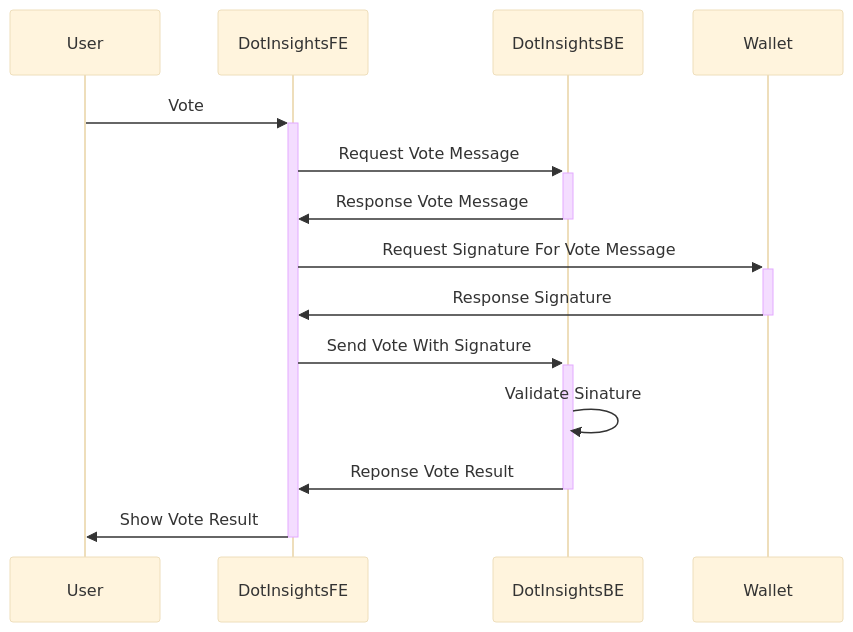
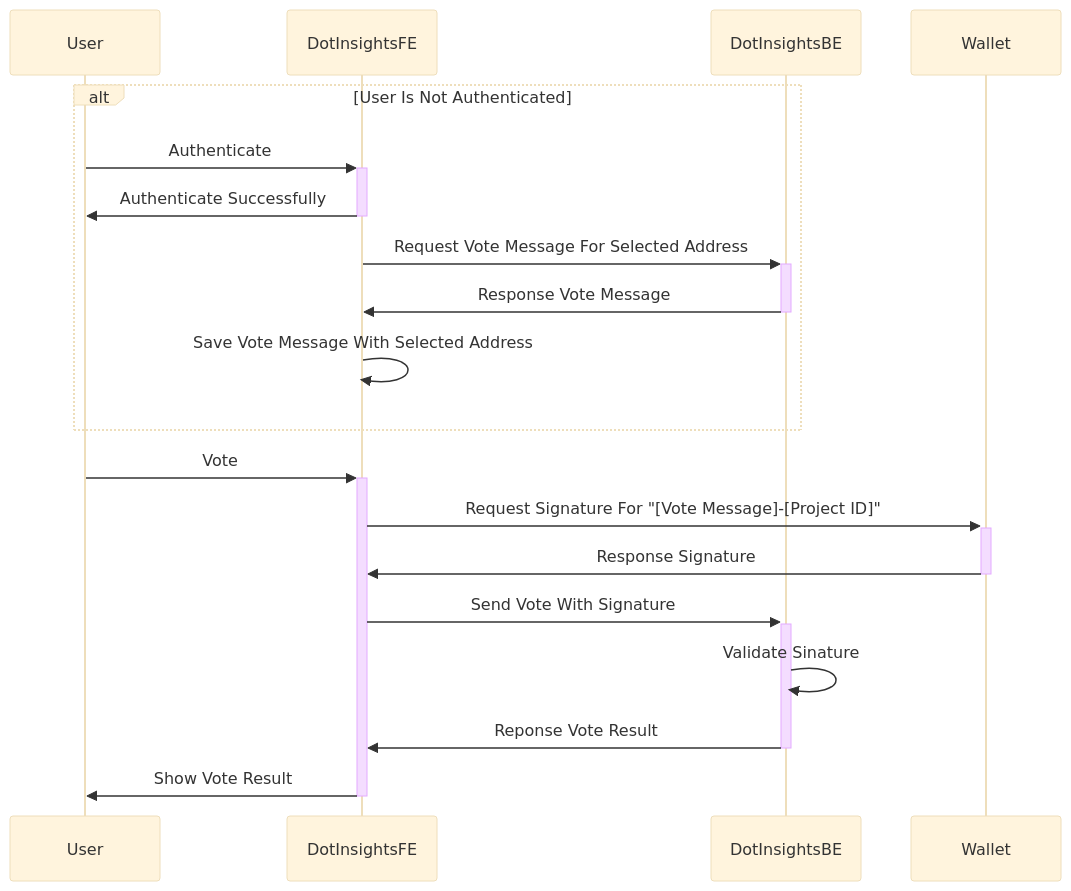
One commit to Koniverse/DotInsights-BE changed the second of 2 diagrams in README.md. Above: the diagram before and after it, drawn with Mermaid (base theme). The commit also changed other lines of this file, not shown here.

````diff
--- a/README.md
+++ b/README.md
@@ -4,12 +29,17 @@
 ```mermaid
 sequenceDiagram
+    alt User Is Not Authenticated
+        User->>+DotInsightsFE: Authenticate
+        DotInsightsFE->>-User: Authenticate Successfully
+        DotInsightsFE->>+DotInsightsBE: Request Vote Message For Selected Address
+        DotInsightsBE->>-DotInsightsFE: Response Vote Message
+        DotInsightsFE->>DotInsightsFE: Save Vote Message With Selected Address
+    end
     User->>+DotInsightsFE: Vote
-    DotInsightsFE->>+DotInsightsBE: Request Vote Message
-    DotInsightsBE->>-DotInsightsFE: Response Vote Message
-    DotInsightsFE->>+Wallet: Request Signature For Vote Message
+    DotInsightsFE->>+Wallet: Request Signature For "[Vote Message]-[Project ID]"
     Wallet->>-DotInsightsFE: Response Signature
     DotInsightsFE->>+DotInsightsBE: Send Vote With Signature
     DotInsightsBE->>DotInsightsBE: Validate Sinature
     DotInsightsBE->>-DotInsightsFE: Reponse Vote Result
     DotInsightsFE->>-User: Show Vote Result
 ```
````
